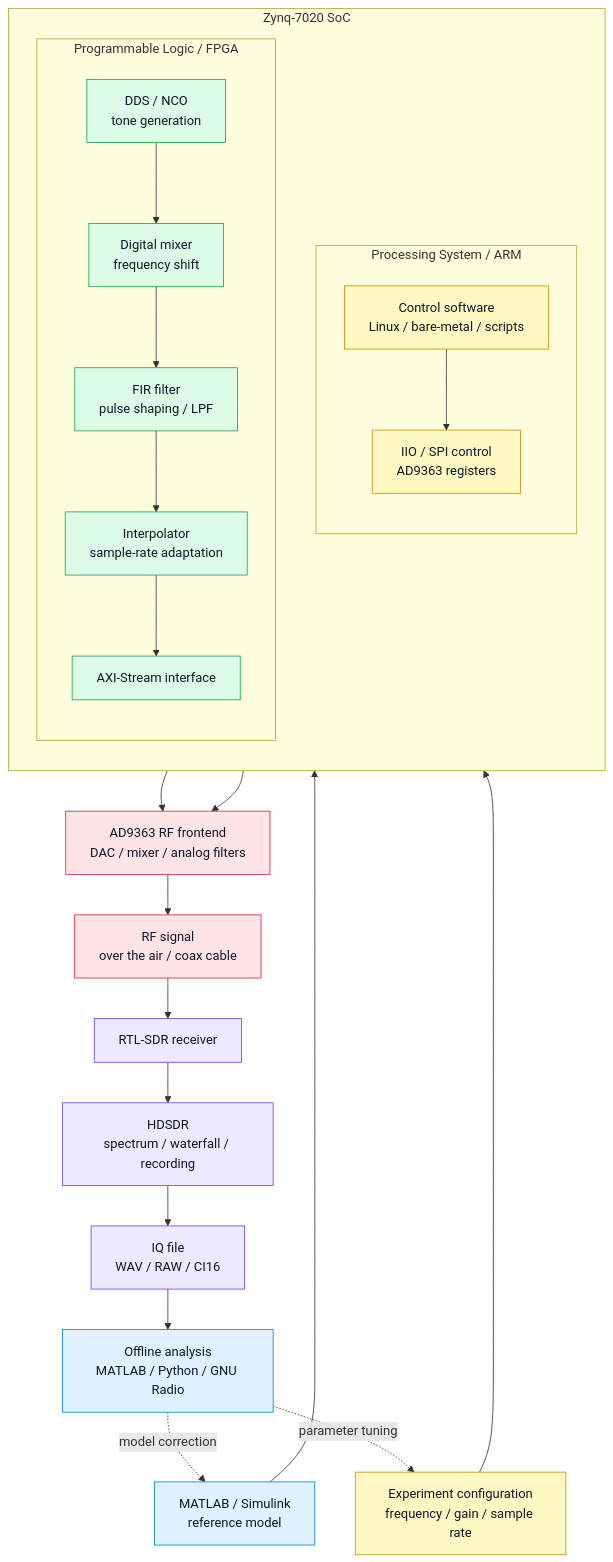
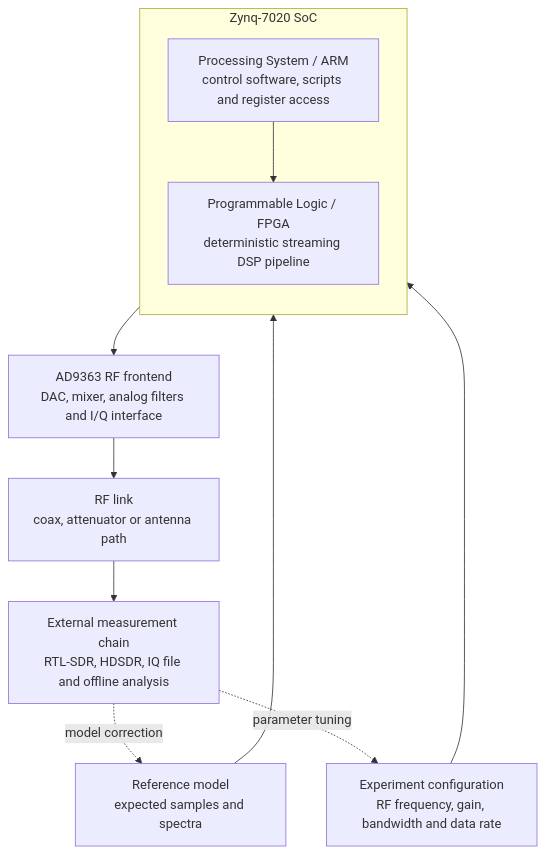
The third of 4 diagrams in README.md (Lay007/zynq-sdr-course), drawn with Mermaid before and after one commit. The commit also changed other lines of this file, not shown here.

Commit message:
Unify public Mermaid diagrams in IEEE style

````diff
--- a/README.md
+++ b/README.md
@@ -117,48 +126,22 @@
 ```mermaid
 flowchart TB
-    classDef model fill:#E0F2FE,color:#0F172A,stroke:#0284C7,stroke-width:1px;
-    classDef fpga fill:#DCFCE7,color:#0F172A,stroke:#16A34A,stroke-width:1px;
-    classDef arm fill:#FEF9C3,color:#0F172A,stroke:#CA8A04,stroke-width:1px;
-    classDef rf fill:#FFE4E6,color:#0F172A,stroke:#E11D48,stroke-width:1px;
-    classDef data fill:#EDE9FE,color:#0F172A,stroke:#7C3AED,stroke-width:1px;
+    MODEL["Reference model<br/>expected samples and spectra"]
+    CFG["Experiment configuration<br/>RF frequency, gain, bandwidth and data rate"]
 
-    M["MATLAB / Simulink<br/>reference model"]:::model
-    CFG["Experiment configuration<br/>frequency / gain / sample rate"]:::arm
-
-    subgraph Z["Zynq-7020 SoC"]
+    subgraph SOC["Zynq-7020 SoC"]
         direction TB
-
-        subgraph PS["Processing System / ARM"]
-            direction TB
-            SW["Control software<br/>Linux / bare-metal / scripts"]:::arm
-            IIO["IIO / SPI control<br/>AD9363 registers"]:::arm
-            SW --> IIO
-        end
-
-        subgraph PL["Programmable Logic / FPGA"]
-            direction TB
-            DDS["DDS / NCO<br/>tone generation"]:::fpga
-            MIX["Digital mixer<br/>frequency shift"]:::fpga
-            FIR["FIR filter<br/>pulse shaping / LPF"]:::fpga
-            INT["Interpolator<br/>sample-rate adaptation"]:::fpga
-            AXI["AXI-Stream interface"]:::fpga
-            DDS --> MIX --> FIR --> INT --> AXI
-        end
+        PS["Processing System / ARM<br/>control software, scripts and register access"]
+        PL["Programmable Logic / FPGA<br/>deterministic streaming DSP pipeline"]
+        PS --> PL
     end
 
-    AD["AD9363 RF frontend<br/>DAC / mixer / analog filters"]:::rf
-    AIR["RF signal<br/>over the air / coax cable"]:::rf
-    RTL["RTL-SDR receiver"]:::data
-    HDSDR["HDSDR<br/>spectrum / waterfall / recording"]:::data
-    IQ["IQ file<br/>WAV / RAW / CI16"]:::data
-    ANALYSIS["Offline analysis<br/>MATLAB / Python / GNU Radio"]:::model
+    AD["AD9363 RF frontend<br/>DAC, mixer, analog filters and I/Q interface"]
+    LINK["RF link<br/>coax, attenuator or antenna path"]
+    RX["External measurement chain<br/>RTL-SDR, HDSDR, IQ file and offline analysis"]
 
-    M --> DDS
-    CFG --> SW
-    IIO --> AD
-    AXI --> AD
-    AD --> AIR --> RTL --> HDSDR --> IQ --> ANALYSIS
-
-    ANALYSIS -. model correction .-> M
-    ANALYSIS -. parameter tuning .-> CFG
+    MODEL --> PL
+    CFG --> PS
+    PL --> AD --> LINK --> RX
+    RX -. model correction .-> MODEL
+    RX -. parameter tuning .-> CFG
 ```
````
